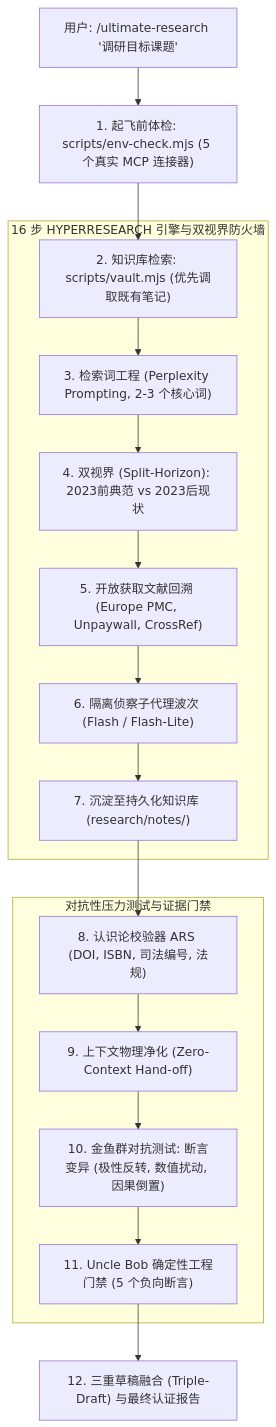
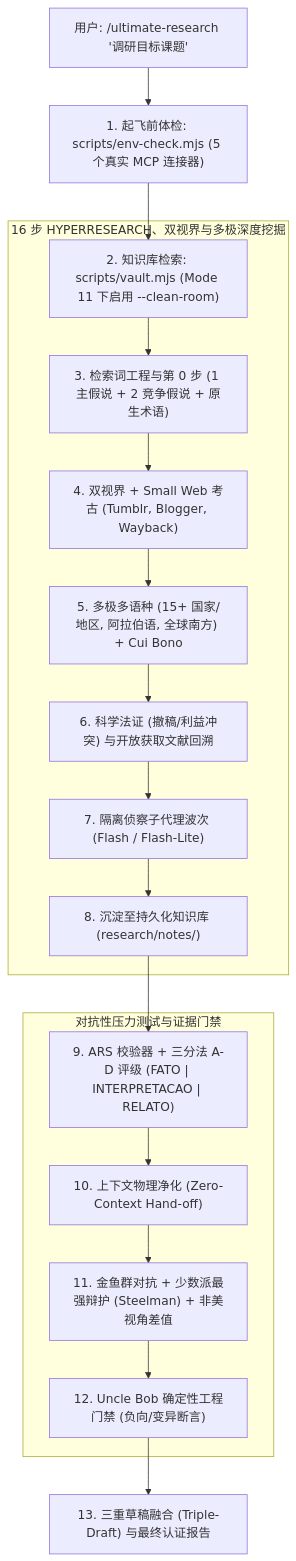
The diagram in README.zh-CN.md (santanaluiz181-cell/ultimate-research), drawn with Mermaid before and after one commit. The commit also changed other lines of this file and 42 other files, not shown here.

Commit message:
feat(superupgrade): v2.3.0 multipolar polyglot, small-web archaeology & clean-room excavation

````diff
--- a/README.zh-CN.md
+++ b/README.zh-CN.md
@@ -70,22 +71,23 @@
 ```mermaid
 flowchart TD
     User["用户: /ultimate-research '调研目标课题'"] --> Env["1. 起飞前体检: scripts/env-check.mjs (5 个真实 MCP 连接器)"]
-    Env --> VaultSearch["2. 知识库检索: scripts/vault.mjs (优先调取既有笔记)"]
+    Env --> VaultSearch["2. 知识库检索: scripts/vault.mjs (Mode 11 下启用 --clean-room)"]
     
-    subgraph ENGINE["16 步 HYPERRESEARCH 引擎与双视界防火墙"]
-        VaultSearch --> Dorking["3. 检索词工程 (Perplexity Prompting, 2-3 个核心词)"]
-        Dorking --> Split["4. 双视界 (Split-Horizon): 2023前典范 vs 2023后现状"]
-        Split --> OARecovery["5. 开放获取文献回溯 (Europe PMC, Unpaywall, CrossRef)"]
-        OARecovery --> Subagents["6. 隔离侦察子代理波次 (Flash / Flash-Lite)"]
-        Subagents --> VaultStore["7. 沉淀至持久化知识库 (research/notes/)"]
+    subgraph ENGINE["16 步 HYPERRESEARCH、双视界与多极深度挖掘"]
+        VaultSearch --> Dorking["3. 检索词工程与第 0 步 (1 主假说 + 2 竞争假说 + 原生术语)"]
+        Dorking --> Split["4. 双视界 + Small Web 考古 (Tumblr, Blogger, Wayback)"]
+        Split --> Multipolar["5. 多极多语种 (15+ 国家/地区, 阿拉伯语, 全球南方) + Cui Bono"]
+        Multipolar --> OARecovery["6. 科学法证 (撤稿/利益冲突) 与开放获取文献回溯"]
+        OARecovery --> Subagents["7. 隔离侦察子代理波次 (Flash / Flash-Lite)"]
+        Subagents --> VaultStore["8. 沉淀至持久化知识库 (research/notes/)"]
     end
 
     subgraph ADVERSARIAL["对抗性压力测试与证据门禁"]
-        VaultStore --> ARS["8. 认识论校验器 ARS (DOI, ISBN, 司法编号, 法规)"]
-        ARS --> Purge["9. 上下文物理净化 (Zero-Context Hand-off)"]
-        Purge --> Goldfish["10. 金鱼群对抗测试: 断言变异 (极性反转, 数值扰动, 因果倒置)"]
-        Goldfish --> UncleBob["11. Uncle Bob 确定性工程门禁 (5 个负向断言)"]
+        VaultStore --> ARS["9. ARS 校验器 + 三分法 A-D 评级 (FATO | INTERPRETACAO | RELATO)"]
+        ARS --> Purge["10. 上下文物理净化 (Zero-Context Hand-off)"]
+        Purge --> Goldfish["11. 金鱼群对抗 + 少数派最强辩护 (Steelman) + 非美视角差值"]
+        Goldfish --> UncleBob["12. Uncle Bob 确定性工程门禁 (负向/变异断言)"]
     end
 
-    UncleBob --> Synthesis["12. 三重草稿融合 (Triple-Draft) 与最终认证报告"]
+    UncleBob --> Synthesis["13. 三重草稿融合 (Triple-Draft) 与最终认证报告"]
 ```
````
